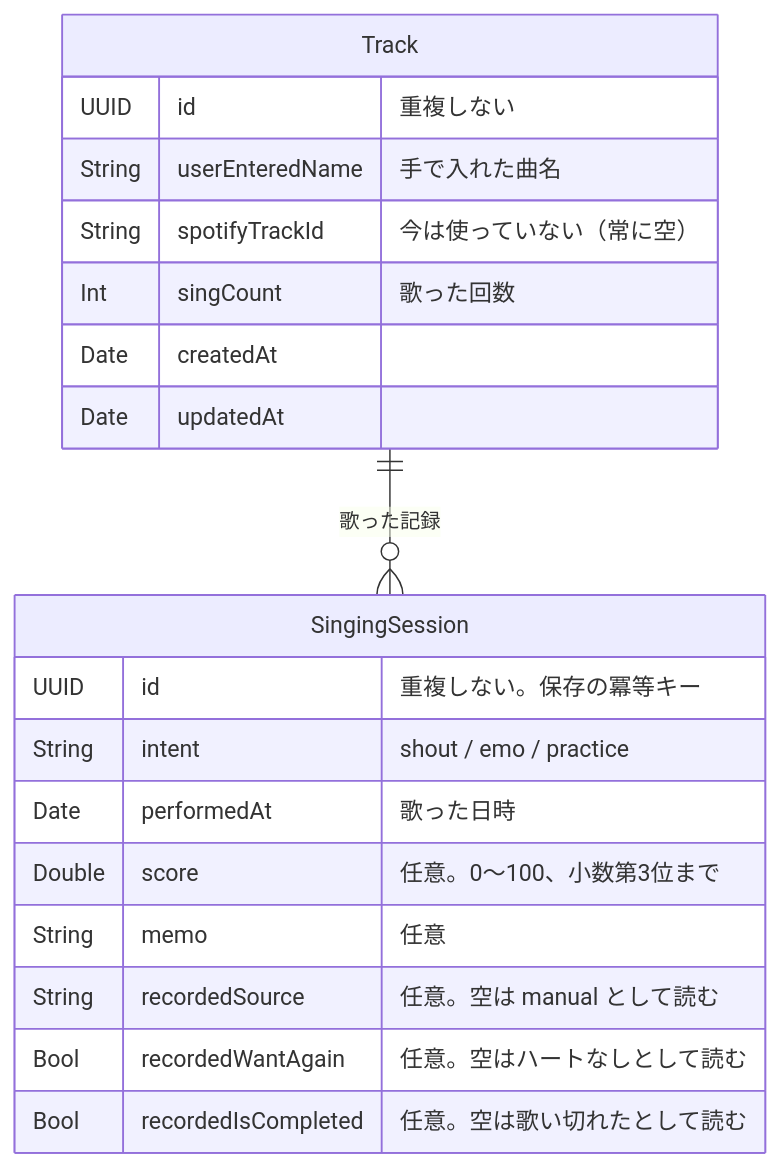
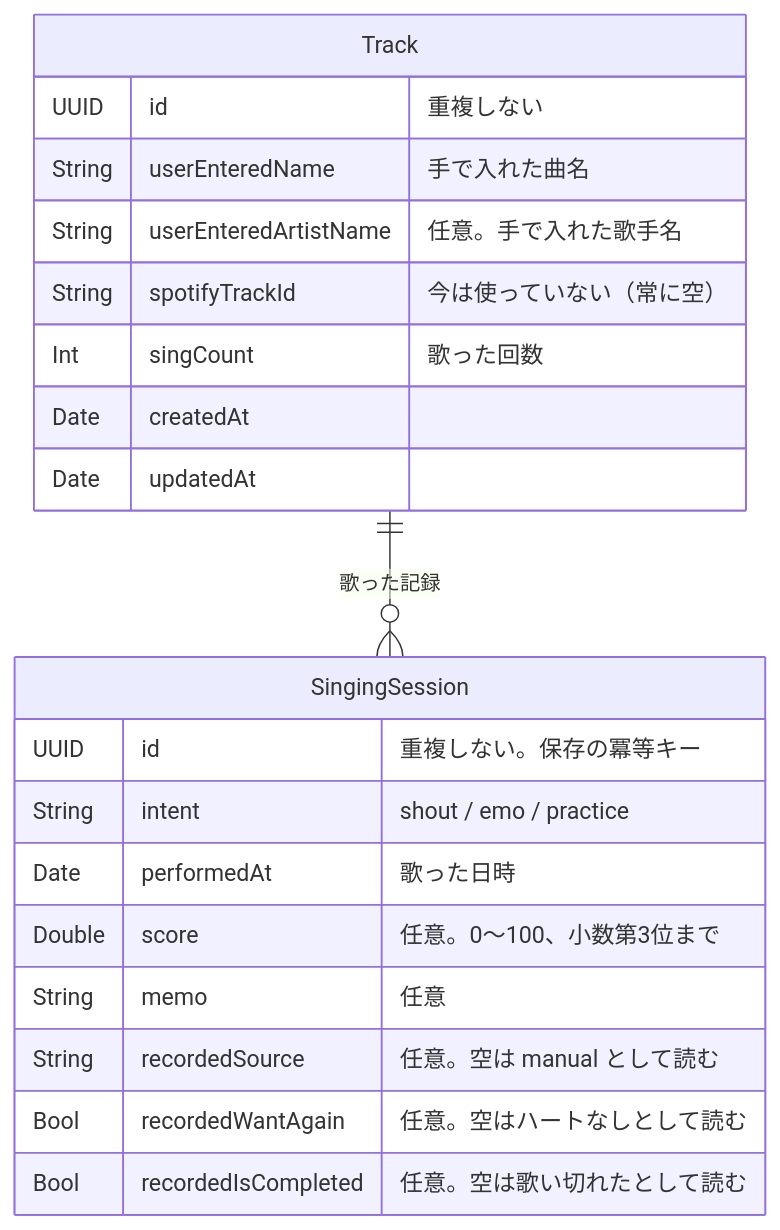
Before and after one commit to omomi-moti/Karaoke_support: the third of 4 diagrams in docs/architecture.md, drawn with Mermaid. The commit also changed other lines of this file and 9 other files, not shown here.

````diff
--- a/docs/architecture.md
+++ b/docs/architecture.md
@@ -146,22 +146,23 @@
 ```mermaid
 erDiagram
     Track ||--o{ SingingSession : "歌った記録"
     Track {
         UUID id "重複しない"
         String userEnteredName "手で入れた曲名"
+        String userEnteredArtistName "任意。手で入れた歌手名"
         String spotifyTrackId "今は使っていない（常に空）"
         Int singCount "歌った回数"
         Date createdAt
         Date updatedAt
     }
     SingingSession {
         UUID id "重複しない。保存の冪等キー"
         String intent "shout / emo / practice"
         Date performedAt "歌った日時"
         Double score "任意。0〜100、小数第3位まで"
         String memo "任意"
         String recordedSource "任意。空は manual として読む"
         Bool recordedWantAgain "任意。空はハートなしとして読む"
         Bool recordedIsCompleted "任意。空は歌い切れたとして読む"
     }
 ```
````
